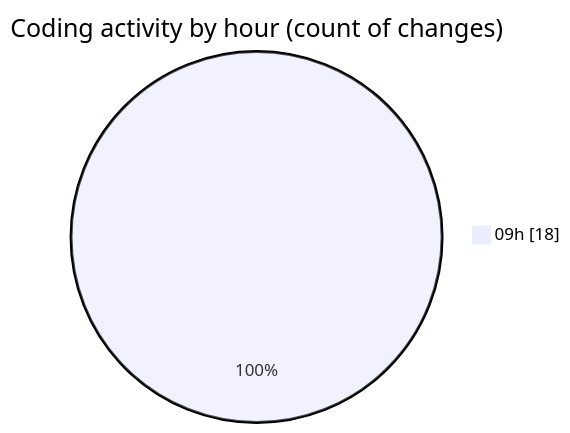
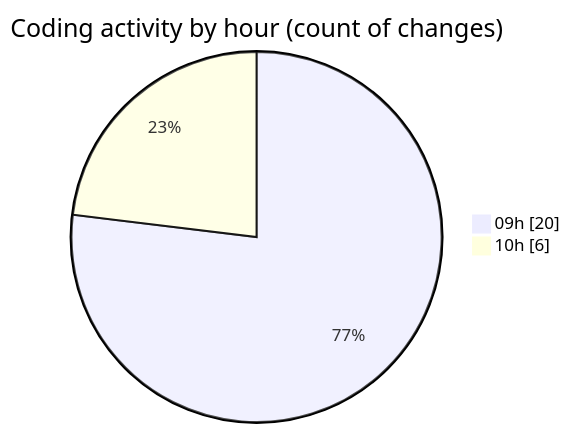
Before and after one commit to CELIANVF/code-tracking: the second of 2 diagrams in 2025-06-10/ecodeli-1/README.md, drawn with Mermaid. The commit also changed other lines of this file and 1 other file, not shown here.

````diff
--- a/2025-06-10/ecodeli-1/README.md
+++ b/2025-06-10/ecodeli-1/README.md
@@ -39,5 +40,6 @@
 ```mermaid
 pie showData
 title Coding activity by hour (count of changes)
-"09h" : 18
+"09h" : 20
+"10h" : 6
 ```
````
